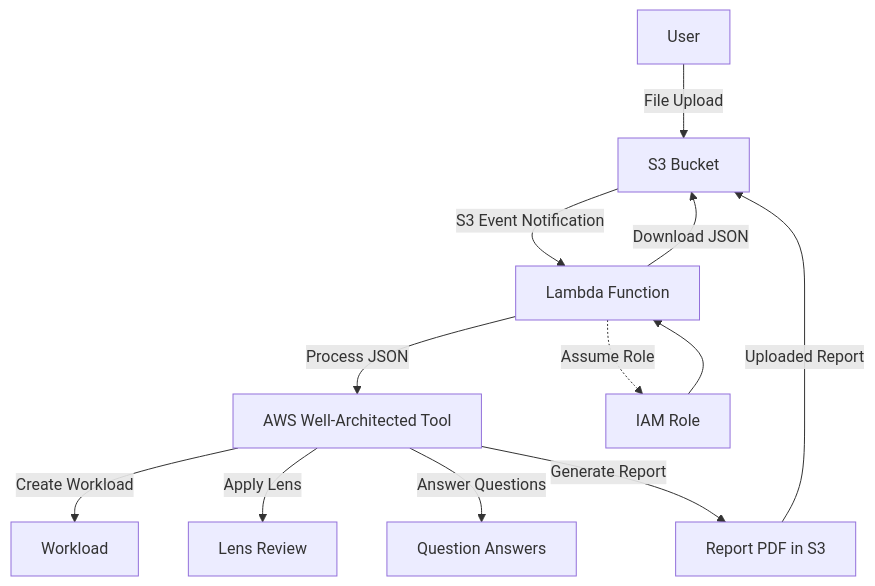
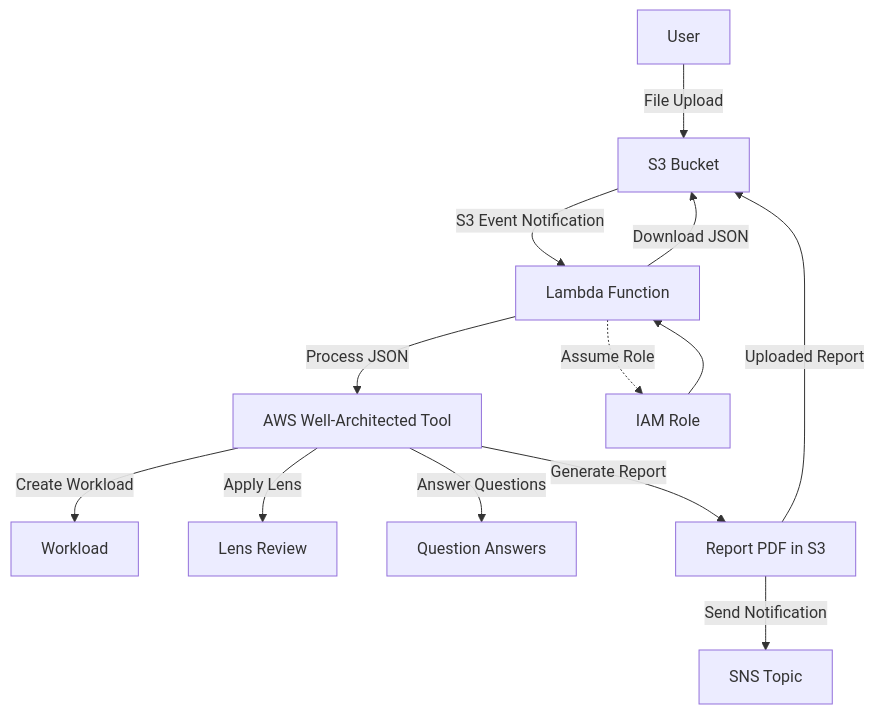
Before and after one commit to awsdataarchitect/waf-custom-lens-automation: the diagram in README.md, drawn with Mermaid. The commit also changed other lines of this file and 7 other files, not shown here.

````diff
--- a/README.md
+++ b/README.md
@@ -5,14 +6,15 @@
 ```mermaid
 graph TD;
     A[S3 Bucket] -->|S3 Event Notification| B[Lambda Function];
     B -->|Process JSON| C[AWS Well-Architected Tool];
     B -->|Download JSON| A;
     B -.->|Assume Role| D[IAM Role];
     D --> B;
     X[User] --> |File Upload| A[S3 Bucket];
     C -->|Create Workload| E[Workload];
     C -->|Apply Lens| F[Lens Review];
     C -->|Answer Questions| G[Question Answers];
     C -->|Generate Report| H[Report PDF in S3];
     H -->|Uploaded Report| A;
+    H -->|Send Notification| I[SNS Topic];
 ```
````
